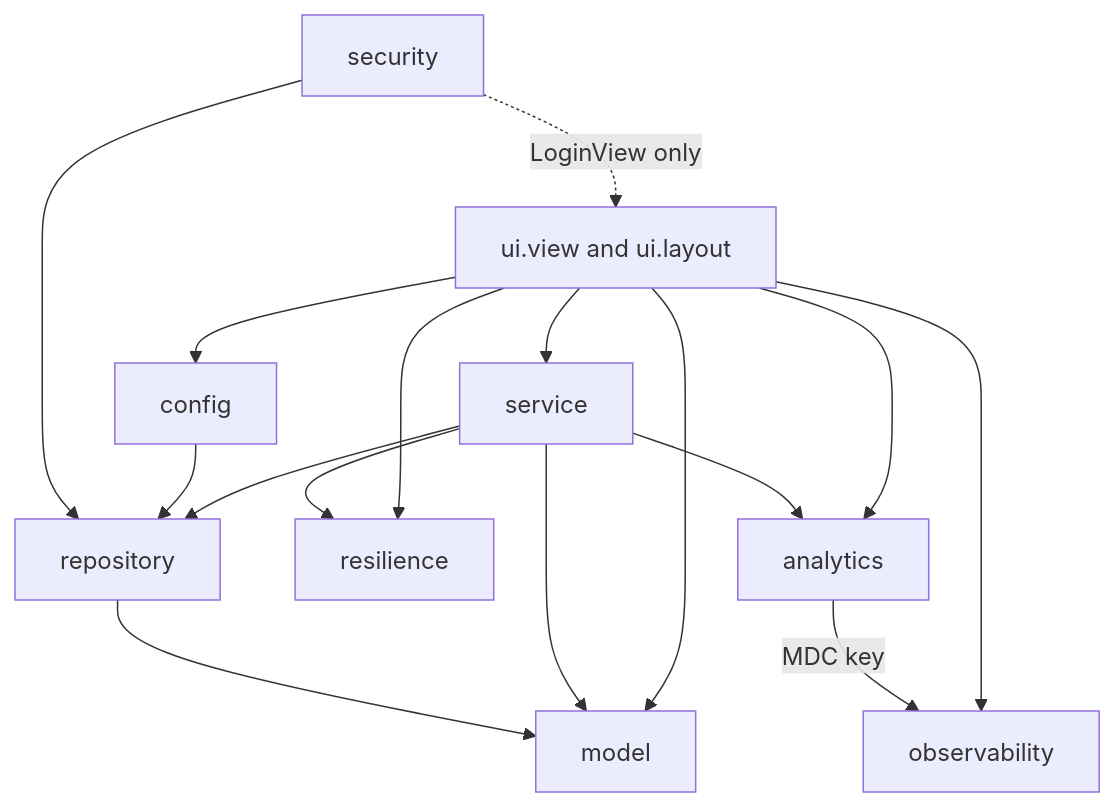
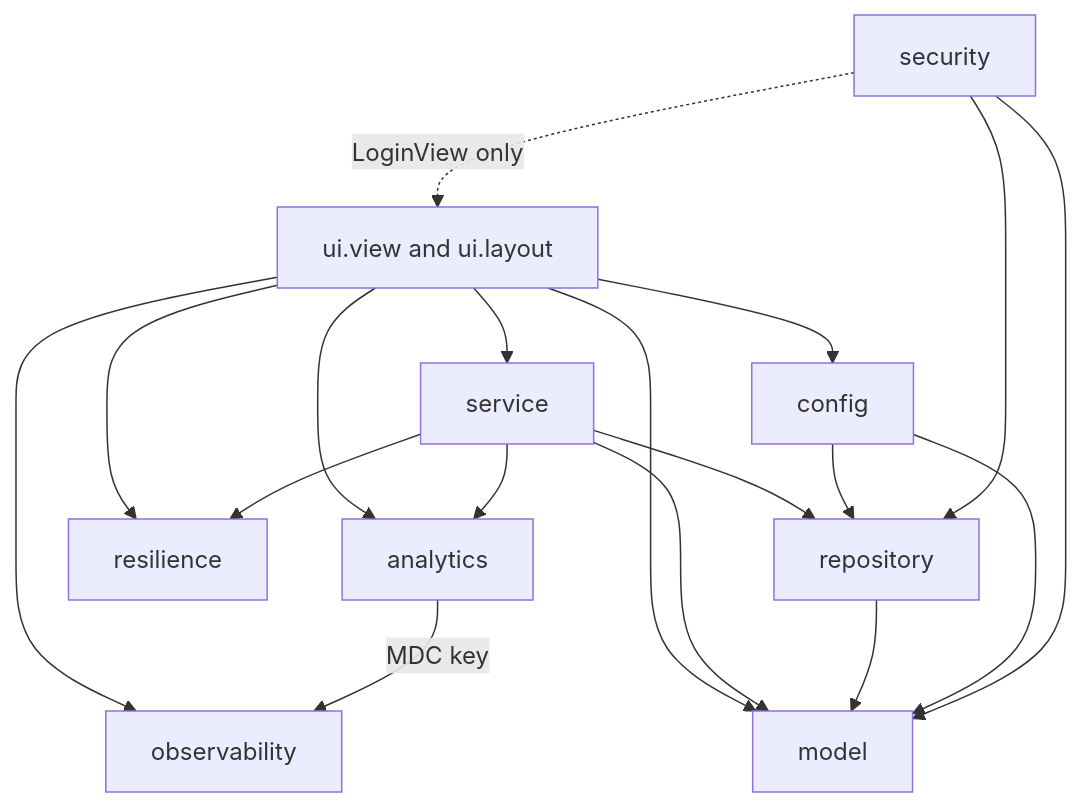
One commit to factory-aj-pahl/mockingbird-bank changed the diagram in droid-wiki/systems/index.md. Above: the diagram before and after it, drawn with Mermaid. The commit also changed other lines of this file and 32 other files, not shown here.

````diff
--- a/droid-wiki/systems/index.md
+++ b/droid-wiki/systems/index.md
@@ -31,18 +31,20 @@
 ```mermaid
 graph TD
     ui[ui.view and ui.layout] --> service
     ui --> config
     ui --> analytics
     ui --> resilience
     ui --> observability
     ui --> model
     service --> repository
     service --> resilience
     service --> analytics
     service --> model
     repository --> model
     config --> repository
+    config --> model
     security --> repository
+    security --> model
     security -.->|LoginView only| ui
     analytics -->|MDC key| observability
 ```
````
